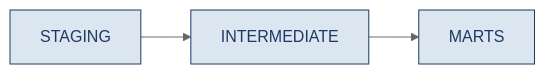
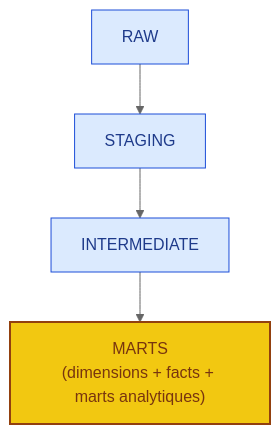
One commit to abdoudjigo/assaman-suuf changed the second of 11 diagrams in dbt_project/README_dbt_staging.md. Above: the diagram before and after it, drawn with Mermaid (neutral theme). The commit also changed other lines of this file, not shown here.

````diff
--- a/dbt_project/README_dbt_staging.md
+++ b/dbt_project/README_dbt_staging.md
@@ -139,7 +62,11 @@
 ```mermaid
-flowchart LR
-    S["STAGING"] --> I["INTERMEDIATE"] --> M["MARTS"]
+flowchart TB
+    RAW["RAW"] --> STG["STAGING"]
+    STG --> INT["INTERMEDIATE"]
+    INT --> MARTS["MARTS<br/>(dimensions + facts + marts analytiques)"]
 
-    classDef niveau fill:#DCE6F1,stroke:#1F3864,color:#1F3864
-    class S,I,M niveau
+    classDef couche fill:#DBEAFE,stroke:#1D4ED8,color:#1E3A8A
+    classDef marts fill:#F2C811,stroke:#92400E,color:#78350F,stroke-width:2px
+    class RAW,STG,INT couche
+    class MARTS marts
 ```
````
